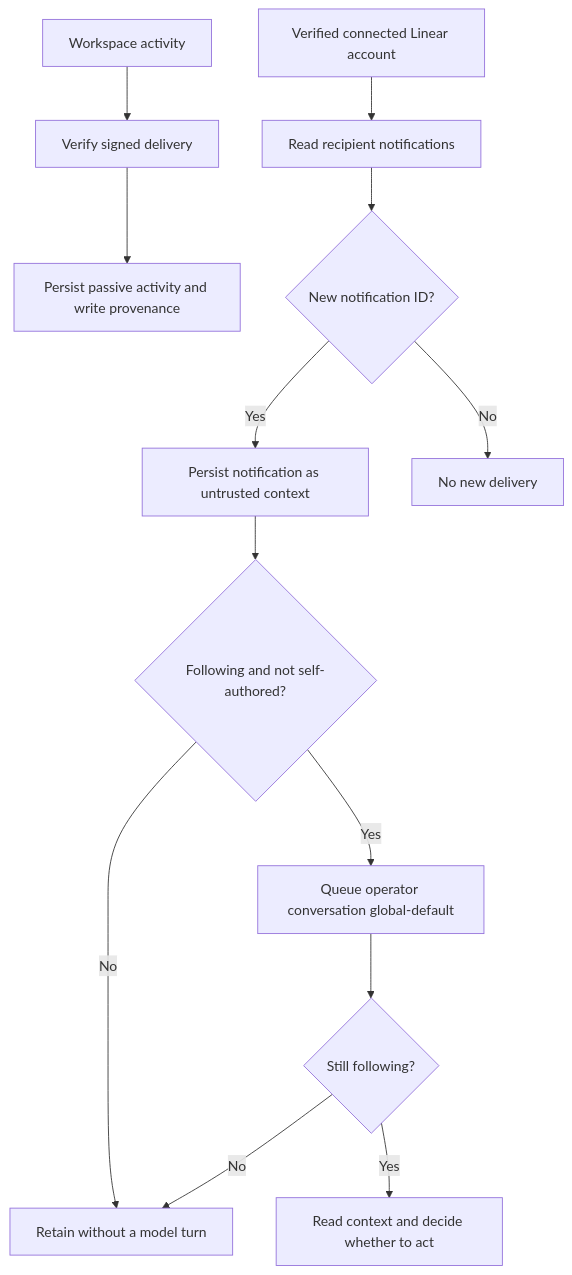
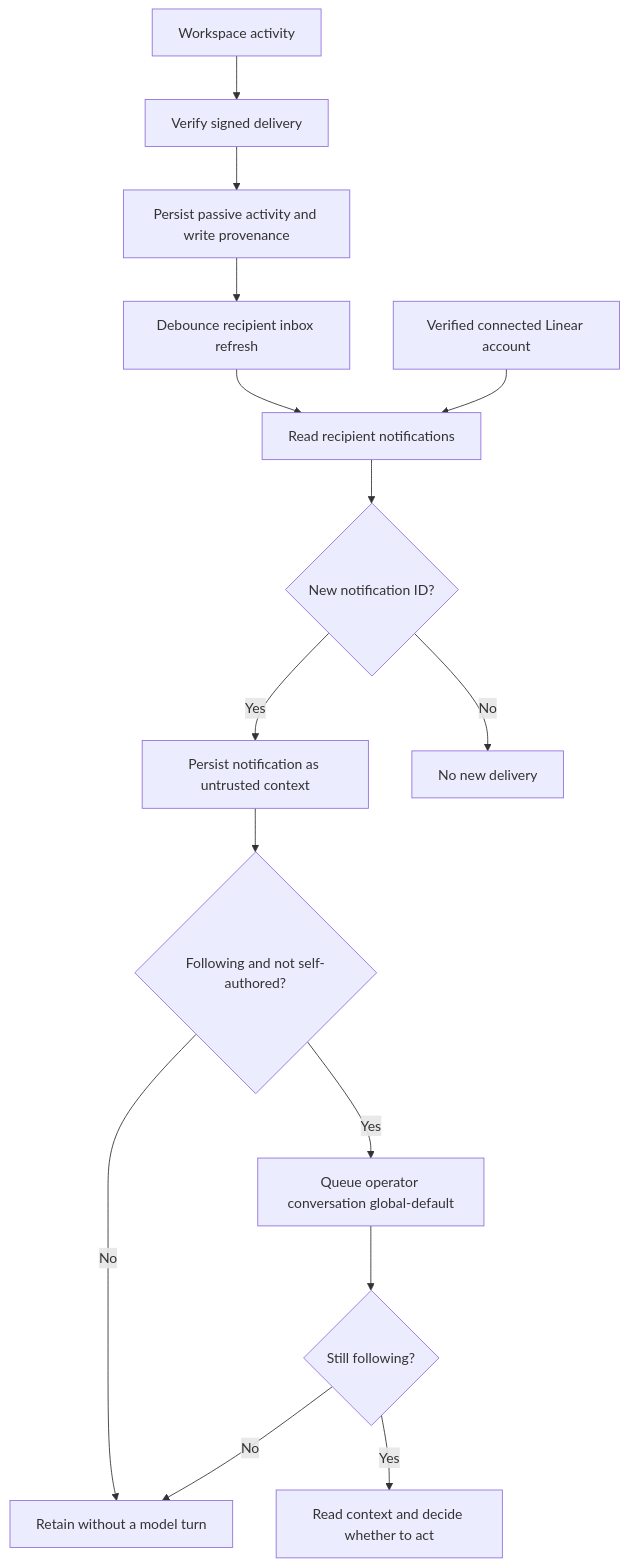
The diagram in docs/adr/0168-linear-awareness-is-opt-in.md (Volpestyle/clankie), drawn with Mermaid before and after one commit. The commit also changed other lines of this file and 7 other files, not shown here.

Commit message:
Refresh Linear notifications after signed webhook activity

````diff
--- a/docs/adr/0168-linear-awareness-is-opt-in.md
+++ b/docs/adr/0168-linear-awareness-is-opt-in.md
@@ -133,15 +140,17 @@
 ```mermaid
 flowchart TD
     Webhook[Workspace activity] --> Verify[Verify signed delivery]
     Verify --> History[Persist passive activity and write provenance]
-    Account[Verified connected Linear account] --> Poll[Read recipient notifications]
+    History --> Debounce[Debounce recipient inbox refresh]
+    Debounce --> Poll[Read recipient notifications]
+    Account[Verified connected Linear account] --> Poll
     Poll --> Fresh{New notification ID?}
     Fresh -->|Yes| Inbox[Persist notification as untrusted context]
     Fresh -->|No| Done[No new delivery]
     Inbox --> Follow{Following and not self-authored?}
     Follow -->|No| Quiet[Retain without a model turn]
     Follow -->|Yes| Queue[Queue operator conversation global-default]
     Queue --> Recheck{Still following?}
     Recheck -->|No| Quiet
     Recheck -->|Yes| Clankie[Read context and decide whether to act]
 ```
````
